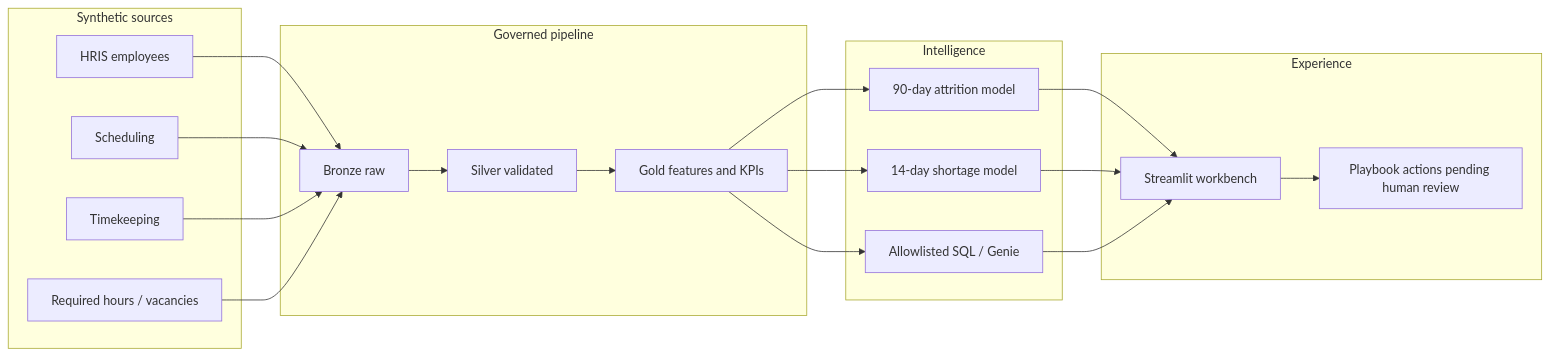
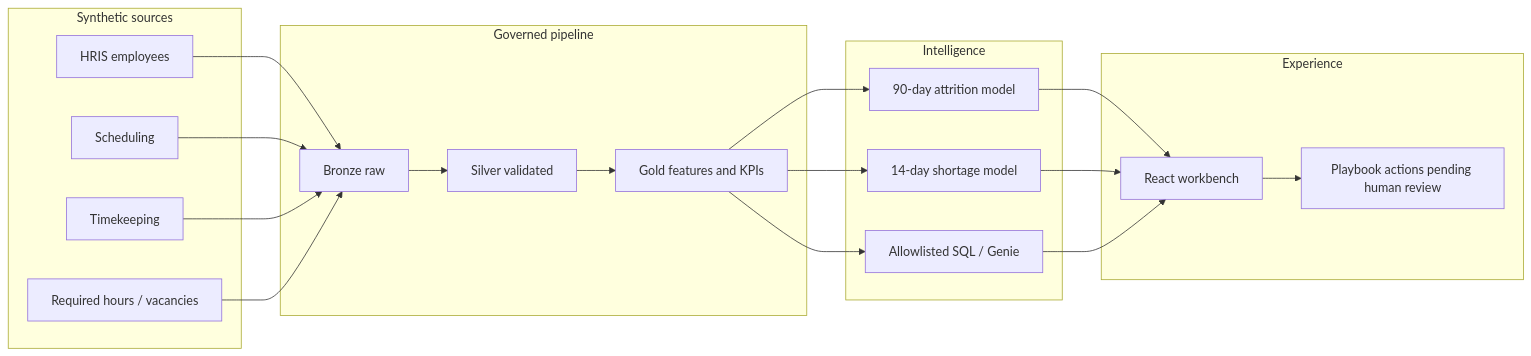
The diagram in docs/architecture.md (ramiz-bozai/healthcare-workforce-retention), drawn with Mermaid before and after one commit. The commit also changed other lines of this file and 35 other files, not shown here.

Commit message:
Make app in react

````diff
--- a/docs/architecture.md
+++ b/docs/architecture.md
@@ -22,35 +22,35 @@
 ```mermaid
 flowchart LR
   subgraph sources [Synthetic sources]
     HRIS[HRIS employees]
     SCH[Scheduling]
     TK[Timekeeping]
     OPS[Required hours / vacancies]
   end
   subgraph medallion [Governed pipeline]
     B[Bronze raw]
     S[Silver validated]
     G[Gold features and KPIs]
   end
   subgraph intel [Intelligence]
     M1[90-day attrition model]
     M2[14-day shortage model]
     SQL[Allowlisted SQL / Genie]
   end
   subgraph ux [Experience]
-    APP[Streamlit workbench]
+    APP[React workbench]
     ACT[Playbook actions pending human review]
   end
   HRIS --> B
   SCH --> B
   TK --> B
   OPS --> B
   B --> S --> G
   G --> M1
   G --> M2
   G --> SQL
   M1 --> APP
   M2 --> APP
   SQL --> APP
   APP --> ACT
 ```
````
